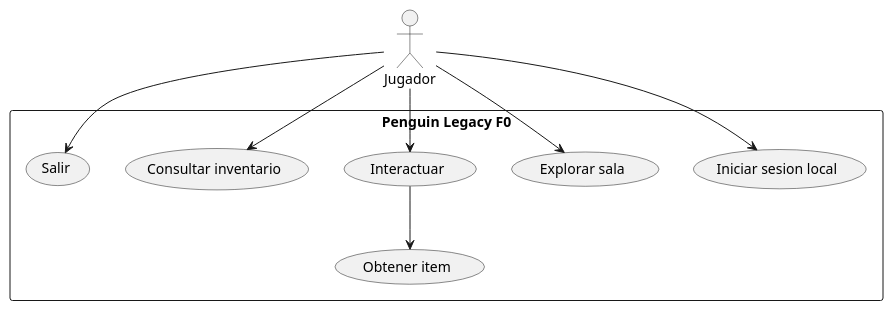
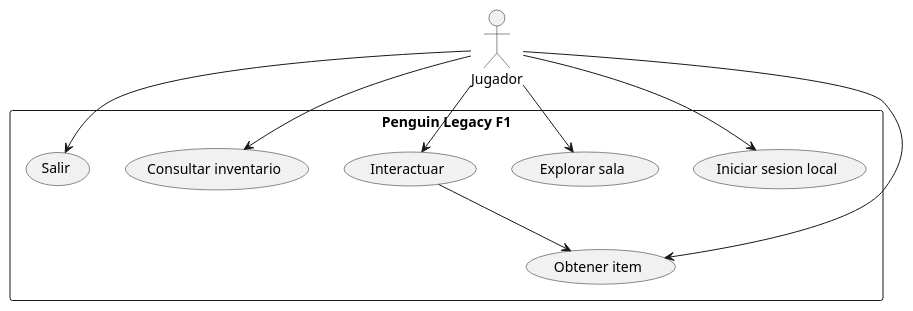
One commit to EchoBit3/Penguin-legacy changed the diagram in docs/assets/03-use-cases.puml. Above: the diagram before and after it, drawn with PlantUML. The commit also changed 6 other files, not shown here.

```diff
--- a/docs/assets/03-use-cases.puml
+++ b/docs/assets/03-use-cases.puml
@@ -1,22 +1,23 @@
 @startuml
 top to bottom direction
 skinparam packageStyle rectangle
 
 actor Jugador
 
-rectangle "Penguin Legacy F0" {
+rectangle "Penguin Legacy F1" {
   usecase "Iniciar sesion local" as UC1
   usecase "Explorar sala" as UC2
   usecase "Interactuar" as UC3
   usecase "Obtener item" as UC4
   usecase "Consultar inventario" as UC5
   usecase "Salir" as UC6
 }
 
 Jugador --> UC1
 Jugador --> UC2
 Jugador --> UC3
+Jugador --> UC4
 Jugador --> UC5
 Jugador --> UC6
 UC3 --> UC4
 @enduml
```
